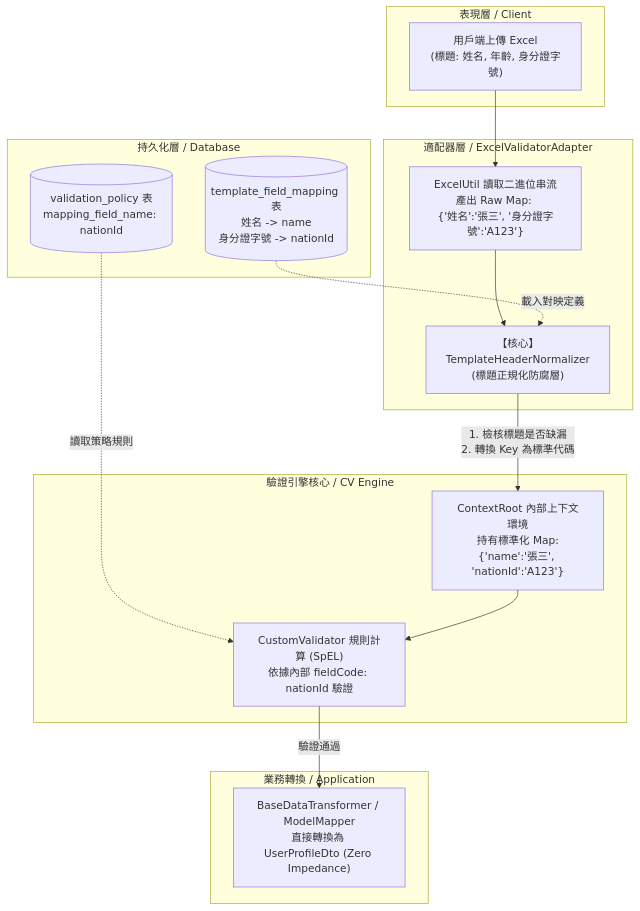
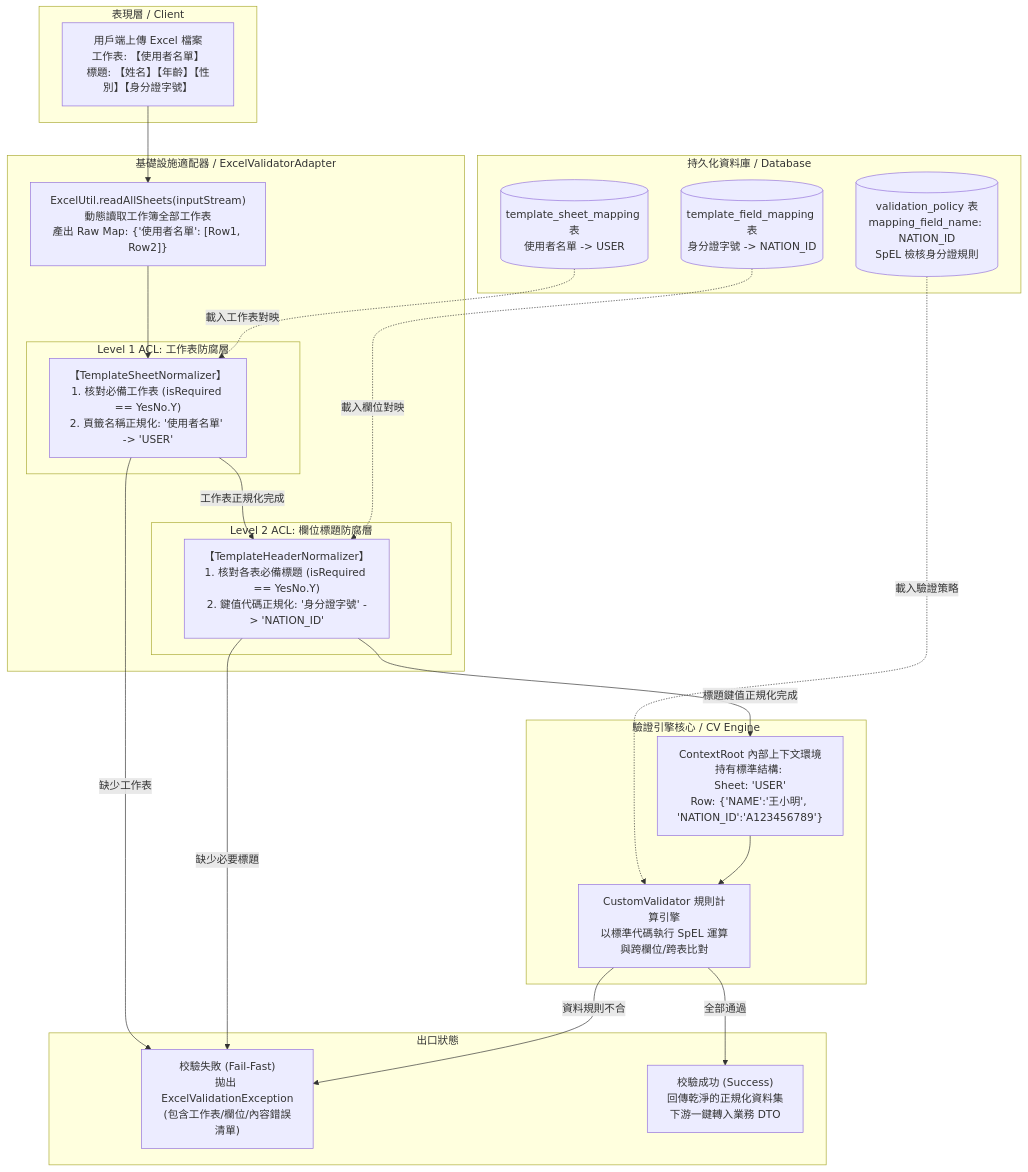
Before and after one commit to nick54785478/customized-validation-demo: the first of 3 diagrams in plan/TEMPLATE_FIELD_MAPPING_DESIGN.md, drawn with Mermaid. The commit also changed other lines of this file and 1 other file, not shown here.

````diff
--- a/plan/TEMPLATE_FIELD_MAPPING_DESIGN.md
+++ b/plan/TEMPLATE_FIELD_MAPPING_DESIGN.md
@@ -43,33 +59,47 @@
 ```mermaid
 flowchart TD
-    subgraph Presentation_Layer [表現層 / Client]
-        A["用戶端上傳 Excel<br>(標題: 姓名, 年齡, 身分證字號)"]
+    subgraph Client_Upload [表現層 / Client]
+        A["用戶端上傳 Excel 檔案<br>工作表: 【使用者名單】<br>標題: 【姓名】【年齡】【性別】【身分證字號】"]
     end
 
-    subgraph Infrastructure_Adapter [適配器層 / ExcelValidatorAdapter]
-        B["ExcelUtil 讀取二進位串流<br>產出 Raw Map: <br>{'姓名':'張三', '身分證字號':'A123'}"]
-        C["【核心】TemplateHeaderNormalizer<br>(標題正規化防腐層)"]
+    subgraph Infrastructure_Adapter [基礎設施適配器 / ExcelValidatorAdapter]
+        B["ExcelUtil.readAllSheets(inputStream)<br>動態讀取工作簿全部工作表<br>產出 Raw Map: {'使用者名單': [Row1, Row2]}"]
+        
+        subgraph Level_1_ACL [Level 1 ACL: 工作表防腐層]
+            C["【TemplateSheetNormalizer】<br>1. 核對必備工作表 (isRequired == YesNo.Y)<br>2. 頁籤名稱正規化: '使用者名單' -> 'USER'"]
+        end
+        
+        subgraph Level_2_ACL [Level 2 ACL: 欄位標題防腐層]
+            D["【TemplateHeaderNormalizer】<br>1. 核對各表必備標題 (isRequired == YesNo.Y)<br>2. 鍵值代碼正規化: '身分證字號' -> 'NATION_ID'"]
+        end
     end
 
-    subgraph Infrastructure_Persistence [持久化層 / Database]
-        D[("template_field_mapping 表<br>姓名 -> name<br>身分證字號 -> nationId")]
-        E[("validation_policy 表<br>mapping_field_name: nationId")]
+    subgraph Infrastructure_Persistence [持久化資料庫 / Database]
+        E[("template_sheet_mapping 表<br>使用者名單 -> USER")]
+        F[("template_field_mapping 表<br>身分證字號 -> NATION_ID")]
+        G[("validation_policy 表<br>mapping_field_name: NATION_ID<br>SpEL 檢核身分證規則")]
     end
 
-    subgraph Infrastructure_Core [驗證引擎核心 / CV Engine]
-        F["ContextRoot 內部上下文環境<br>持有標準化 Map:<br>{'name':'張三', 'nationId':'A123'}"]
-        G["CustomValidator 規則計算 (SpEL)<br>依據內部 fieldCode: nationId 驗證"]
+    subgraph Infrastructure_CV_Core [驗證引擎核心 / CV Engine]
+        H["ContextRoot 內部上下文環境<br>持有標準結構: <br>Sheet: 'USER'<br>Row: {'NAME':'王小明', 'NATION_ID':'A123456789'}"]
+        I["CustomValidator 規則計算引擎<br>以標準代碼執行 SpEL 運算與跨欄位/跨表比對"]
     end
 
-    subgraph Application_DTO [業務轉換 / Application]
-        H["BaseDataTransformer / ModelMapper<br>直接轉換為 UserProfileDto (Zero Impedance)"]
+    subgraph Result_Or_Exception [出口狀態]
+        J1["校驗失敗 (Fail-Fast)<br>拋出 ExcelValidationException<br>(包含工作表/欄位/內容錯誤清單)"]
+        J2["校驗成功 (Success)<br>回傳乾淨的正規化資料集<br>下游一鍵轉入業務 DTO"]
     end
 
     A --> B
     B --> C
-    D -.->|"載入對映定義"| C
-    C -->|"1. 檢核標題是否缺漏<br>2. 轉換 Key 為標準代碼"| F
-    E -.->|"讀取策略規則"| G
-    F --> G
-    G -->|"驗證通過"| H
+    E -.->|"載入工作表對映"| C
+    C -->|"缺少工作表"| J1
+    C -->|"工作表正規化完成"| D
+    F -.->|"載入欄位對映"| D
+    D -->|"缺少必要標題"| J1
+    D -->|"標題鍵值正規化完成"| H
+    G -.->|"載入驗證策略"| I
+    H --> I
+    I -->|"資料規則不合"| J1
+    I -->|"全部通過"| J2
 ```
````
